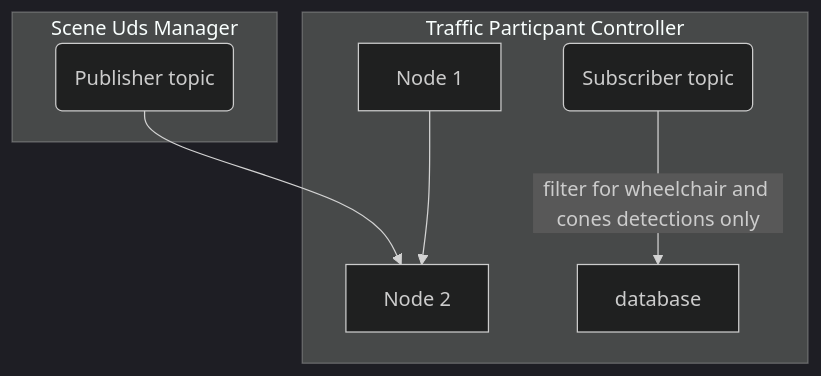
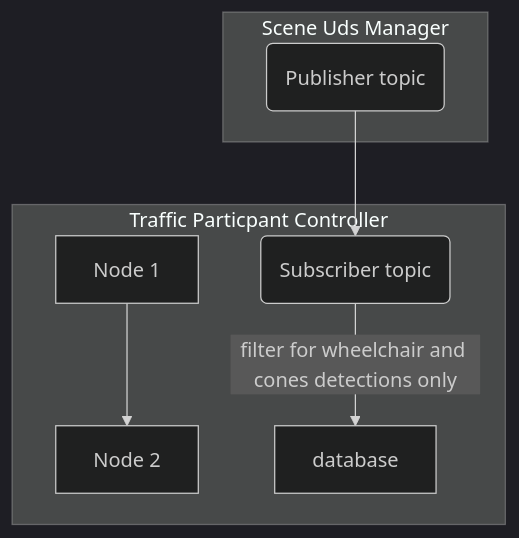
Before and after one commit to mxgrey/su_traffic_participant: the diagram in README.md, drawn with Mermaid (dark theme). The commit also changed other lines of this file, not shown here.

````diff
--- a/README.md
+++ b/README.md
@@ -5,14 +5,14 @@
 ```mermaid
 graph TB
 
-  Publisher --> Node2
+  Publisher --> Subscriber
   subgraph "Scene Uds Manager"
   Publisher(Publisher topic)
   end
 
   subgraph "Traffic Particpant Controller"
   Node1[Node 1] --> Node2[Node 2]
   Subscriber(Subscriber topic)
   Subscriber -- filter for wheelchair and cones detections only --> database
 end
 ```
````
